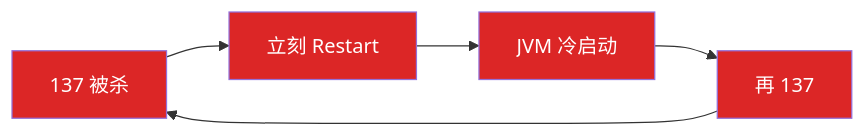
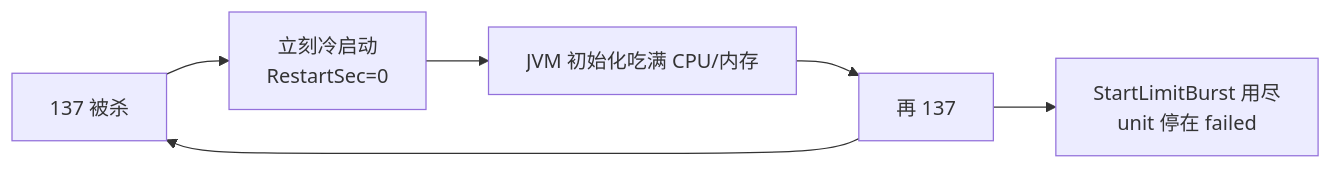
Before and after one commit to ml-cuizijun/LearnToLilith: the seventh of 9 diagrams in 01-基础底座/04-内核与系统/知识点.md, drawn with Mermaid. The commit also changed other lines of this file and 470 other files, not shown here.

````diff
--- a/01-基础底座/04-内核与系统/知识点.md
+++ b/01-基础底座/04-内核与系统/知识点.md
@@ -994,10 +359,8 @@
 ```mermaid
 flowchart LR
-    A[137 被杀] --> B[立刻 Restart]
-    B --> C[JVM 冷启动]
-    C --> D[再 137]
+    A["137 被杀"] --> B["立刻冷启动<br/>RestartSec=0"]
+    B --> C["JVM 初始化吃满 CPU/内存"]
+    C --> D["再 137"]
     D --> A
-
-    classDef bad fill:#DC2626,color:#fff
-    class A,B,C,D bad
+    D --> E["StartLimitBurst 用尽<br/>unit 停在 failed"]
 ```
````
